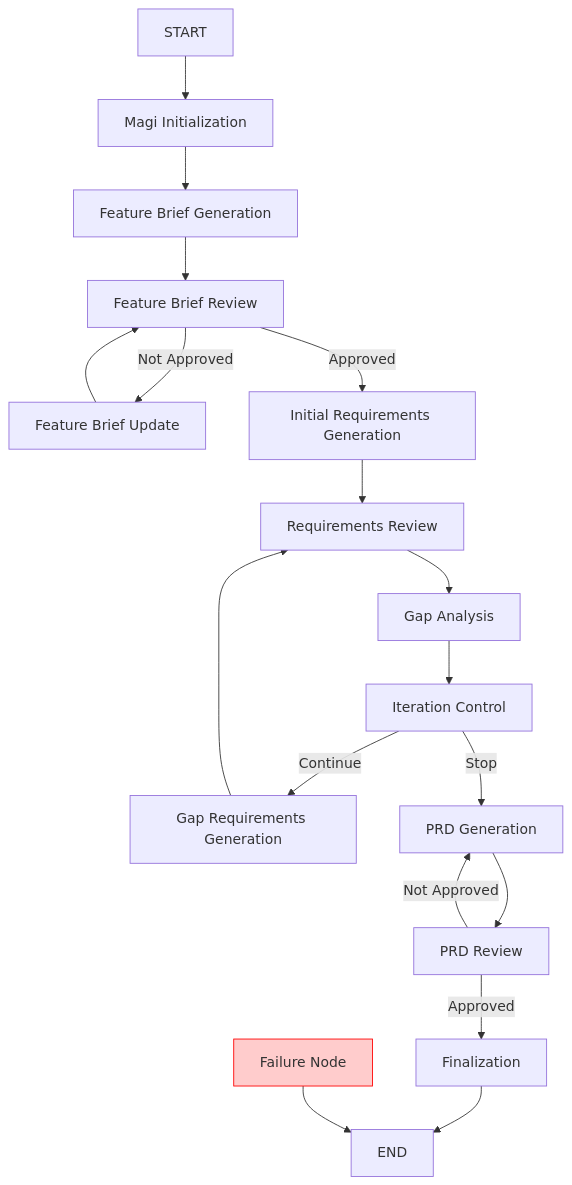
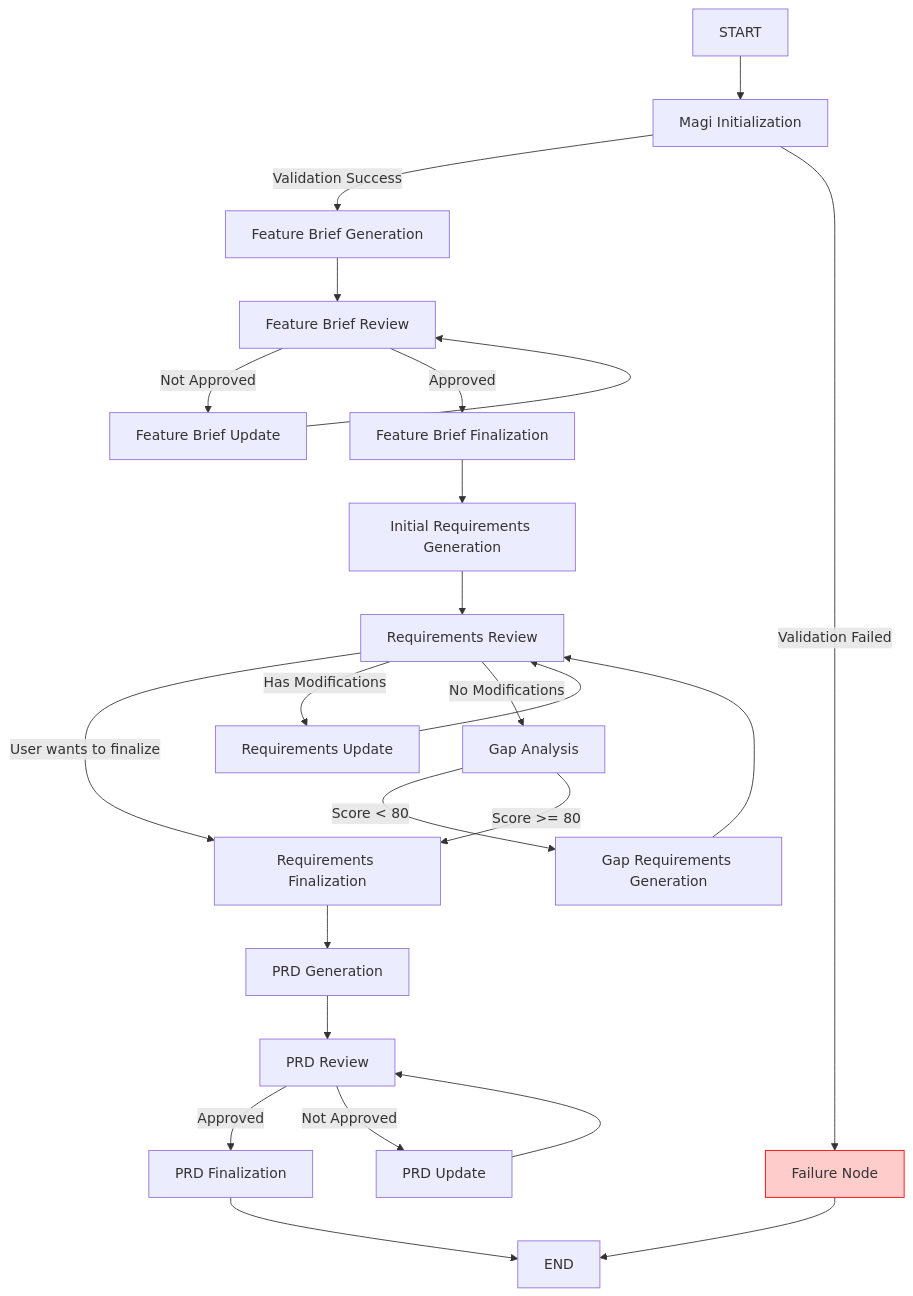
The diagram in docs/8_prd_workflow_architecture.md (khawkins/mobile-mcp-tools), drawn with Mermaid before and after one commit. The commit also changed other lines of this file and 89 other files, not shown here.

First line of the commit message:
Magi PRD Generation Flow (#82)

````diff
--- a/docs/8_prd_workflow_architecture.md
+++ b/docs/8_prd_workflow_architecture.md
@@ -34,29 +38,38 @@
 ```mermaid
 graph TD
     Start[START] --> Init[Magi Initialization]
-    Init --> FB[Feature Brief Generation]
+    Init -->|Validation Success| FB[Feature Brief Generation]
+    Init -->|Validation Failed| Error[Failure Node]
+    
     FB --> FBReview[Feature Brief Review]
     FBReview -->|Not Approved| FBUpdate[Feature Brief Update]
     FBUpdate --> FBReview
-    FBReview -->|Approved| IR[Initial Requirements Generation]
+    FBReview -->|Approved| FBFinal[Feature Brief Finalization]
+    
+    FBFinal --> IR[Initial Requirements Generation]
     IR --> RR[Requirements Review]
-    RR --> GA[Gap Analysis]
     
-    GA --> IC[Iteration Control]
+    RR -->|User wants to finalize| RF[Requirements Finalization]
+    RR -->|Has Modifications| RU[Requirements Update]
+    RR -->|No Modifications| GA[Gap Analysis]
     
-    IC -->|Continue| GR[Gap Requirements Generation]
-    IC -->|Stop| PG[PRD Generation]
+    RU --> RR
+    
+    GA -->|Score < 80| GR[Gap Requirements Generation]
+    GA -->|Score >= 80| RF
     
     GR --> RR
     
+    RF --> PG[PRD Generation]
+    
     PG --> PR[PRD Review]
+    PR -->|Approved| PF[PRD Finalization]
+    PR -->|Not Approved| PU[PRD Update]
     
-    PR -->|Approved| F[Finalization]
-    PR -->|Not Approved| PG
+    PU --> PR
     
-    F --> End[END]
-    
-    Error[Failure Node] --> End
+    PF --> End[END]
+    Error --> End
     
     style Error fill:#ffcccc,stroke:#ff0000
 ```
````
